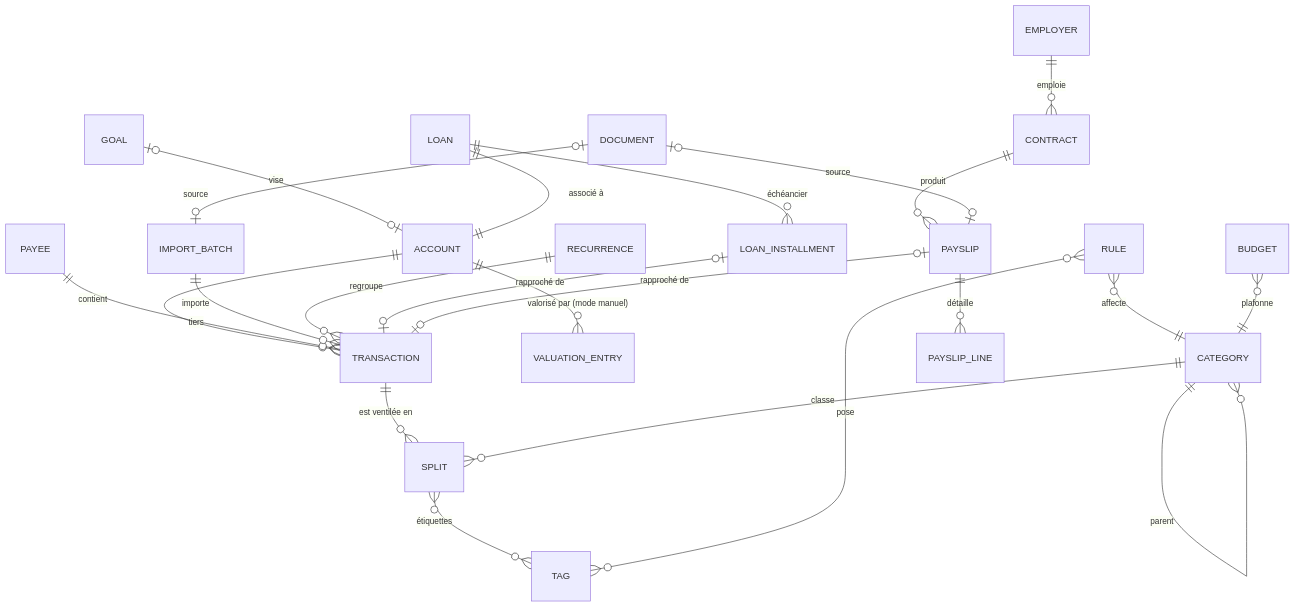
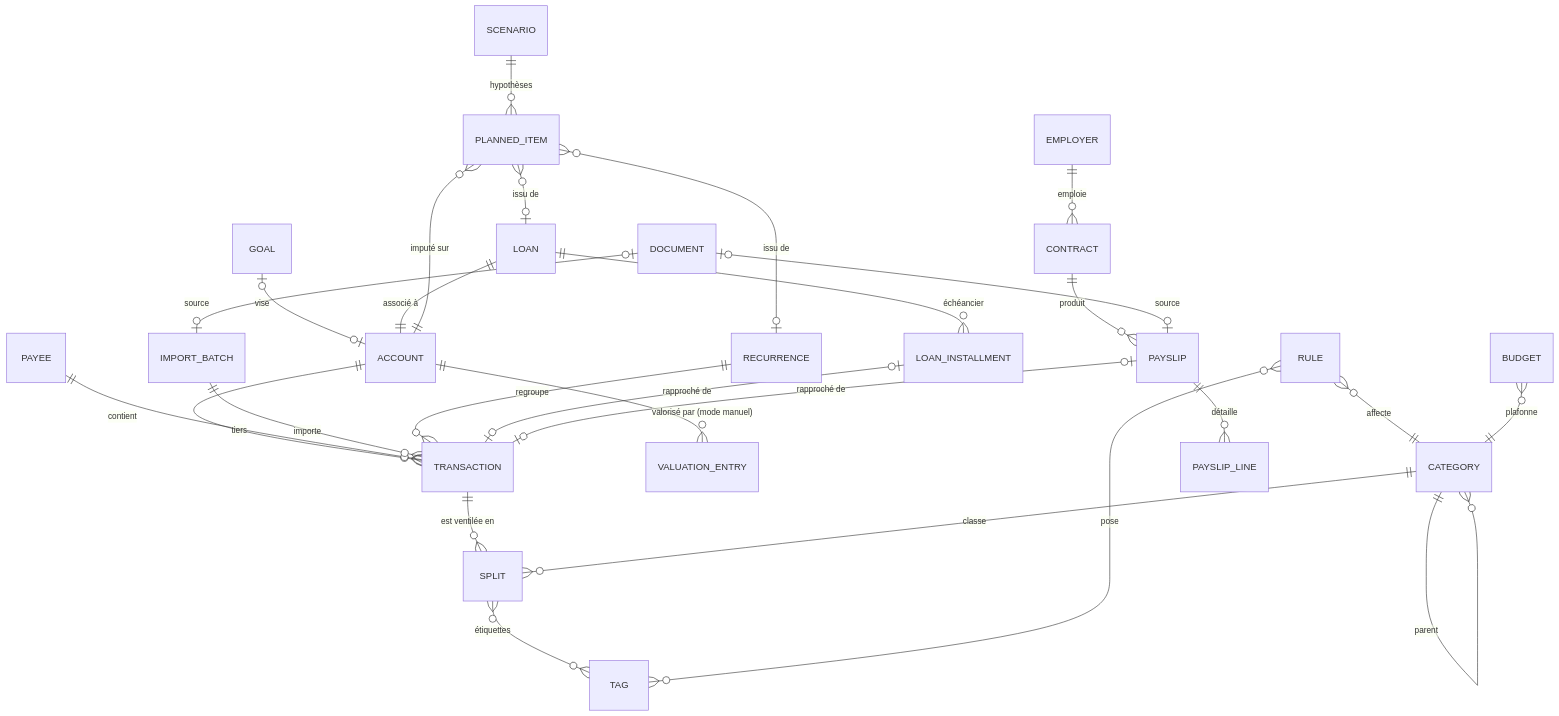
The diagram in docs/architecture/modele-de-donnees.md (Thefirstalpha/fluxo), drawn with Mermaid before and after one commit. The commit also changed other lines of this file and 13 other files, not shown here.

````diff
--- a/docs/architecture/modele-de-donnees.md
+++ b/docs/architecture/modele-de-donnees.md
@@ -18,25 +18,29 @@
 ```mermaid
 erDiagram
   ACCOUNT ||--o{ TRANSACTION : contient
   ACCOUNT ||--o{ VALUATION_ENTRY : "valorisé par (mode manuel)"
   TRANSACTION ||--o{ SPLIT : "est ventilée en"
   CATEGORY ||--o{ SPLIT : classe
   CATEGORY ||--o{ CATEGORY : parent
   PAYEE ||--o{ TRANSACTION : tiers
   SPLIT }o--o{ TAG : étiquettes
   IMPORT_BATCH ||--o{ TRANSACTION : importe
   RULE }o--|| CATEGORY : affecte
   RULE }o--o{ TAG : pose
   RECURRENCE ||--o{ TRANSACTION : regroupe
   BUDGET }o--|| CATEGORY : plafonne
   GOAL |o--o| ACCOUNT : vise
   LOAN ||--|| ACCOUNT : "associé à"
   LOAN ||--o{ LOAN_INSTALLMENT : échéancier
   LOAN_INSTALLMENT |o--o| TRANSACTION : "rapproché de"
+  SCENARIO ||--o{ PLANNED_ITEM : hypothèses
+  PLANNED_ITEM }o--|| ACCOUNT : "imputé sur"
+  PLANNED_ITEM }o--o| RECURRENCE : "issu de"
+  PLANNED_ITEM }o--o| LOAN : "issu de"
   EMPLOYER ||--o{ CONTRACT : emploie
   CONTRACT ||--o{ PAYSLIP : produit
   PAYSLIP ||--o{ PAYSLIP_LINE : détaille
   PAYSLIP |o--o| TRANSACTION : "rapproché de"
   DOCUMENT |o--o| PAYSLIP : source
   DOCUMENT |o--o| IMPORT_BATCH : source
 ```
````
